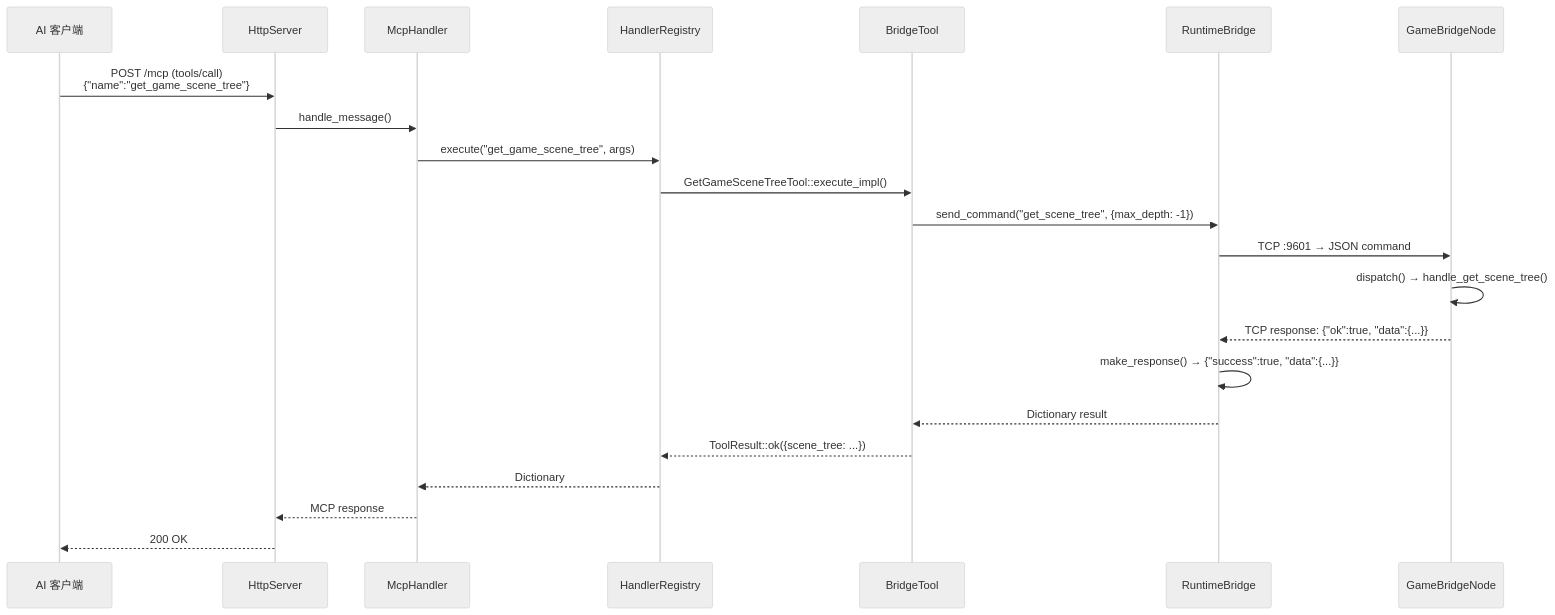
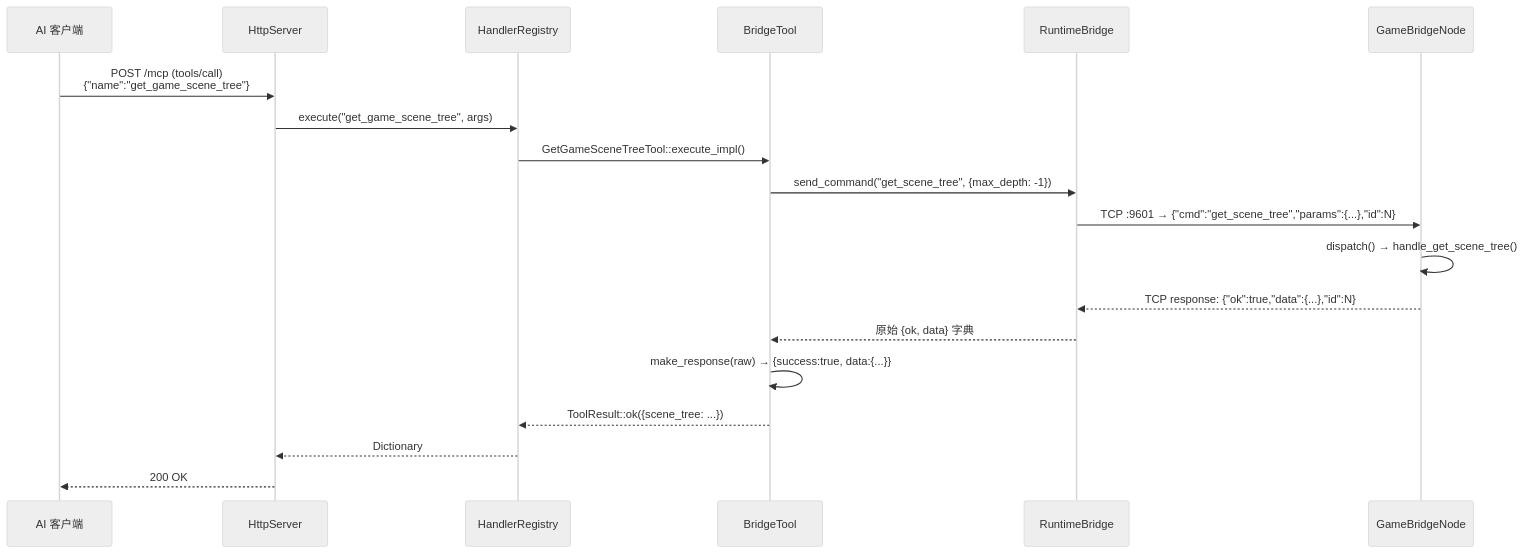
One commit to jesspig/GodotMCP-GDExtension changed the third of 3 diagrams in .repo_wiki/modules/runtime-bridge.md. Above: the diagram before and after it, drawn with Mermaid (neutral theme). The commit also changed other lines of this file and 36 other files, not shown here.

````diff
--- a/.repo_wiki/modules/runtime-bridge.md
+++ b/.repo_wiki/modules/runtime-bridge.md
@@ -83,25 +111,22 @@
 ```mermaid
 sequenceDiagram
     participant AI as AI 客户端
     participant H as HttpServer
-    participant M as McpHandler
     participant R as HandlerRegistry
     participant IT as BridgeTool
     participant RB as RuntimeBridge
     participant GB as GameBridgeNode
 
     AI->>H: POST /mcp (tools/call)<br/>{"name":"get_game_scene_tree"}
-    H->>M: handle_message()
-    M->>R: execute("get_game_scene_tree", args)
+    H->>R: execute("get_game_scene_tree", args)
     R->>IT: GetGameSceneTreeTool::execute_impl()
     IT->>RB: send_command("get_scene_tree", {max_depth: -1})
-    RB->>GB: TCP :9601 → JSON command
+    RB->>GB: TCP :9601 → {"cmd":"get_scene_tree","params":{...},"id":N}
     GB->>GB: dispatch() → handle_get_scene_tree()
-    GB-->>RB: TCP response: {"ok":true, "data":{...}}
-    RB->>RB: make_response() → {"success":true, "data":{...}}
-    RB-->>IT: Dictionary result
+    GB-->>RB: TCP response: {"ok":true,"data":{...},"id":N}
+    RB-->>IT: 原始 {ok, data} 字典
+    IT->>IT: make_response(raw) → {success:true, data:{...}}
     IT-->>R: ToolResult::ok({scene_tree: ...})
-    R-->>M: Dictionary
-    M-->>H: MCP response
+    R-->>H: Dictionary
     H-->>AI: 200 OK
 ```
````
